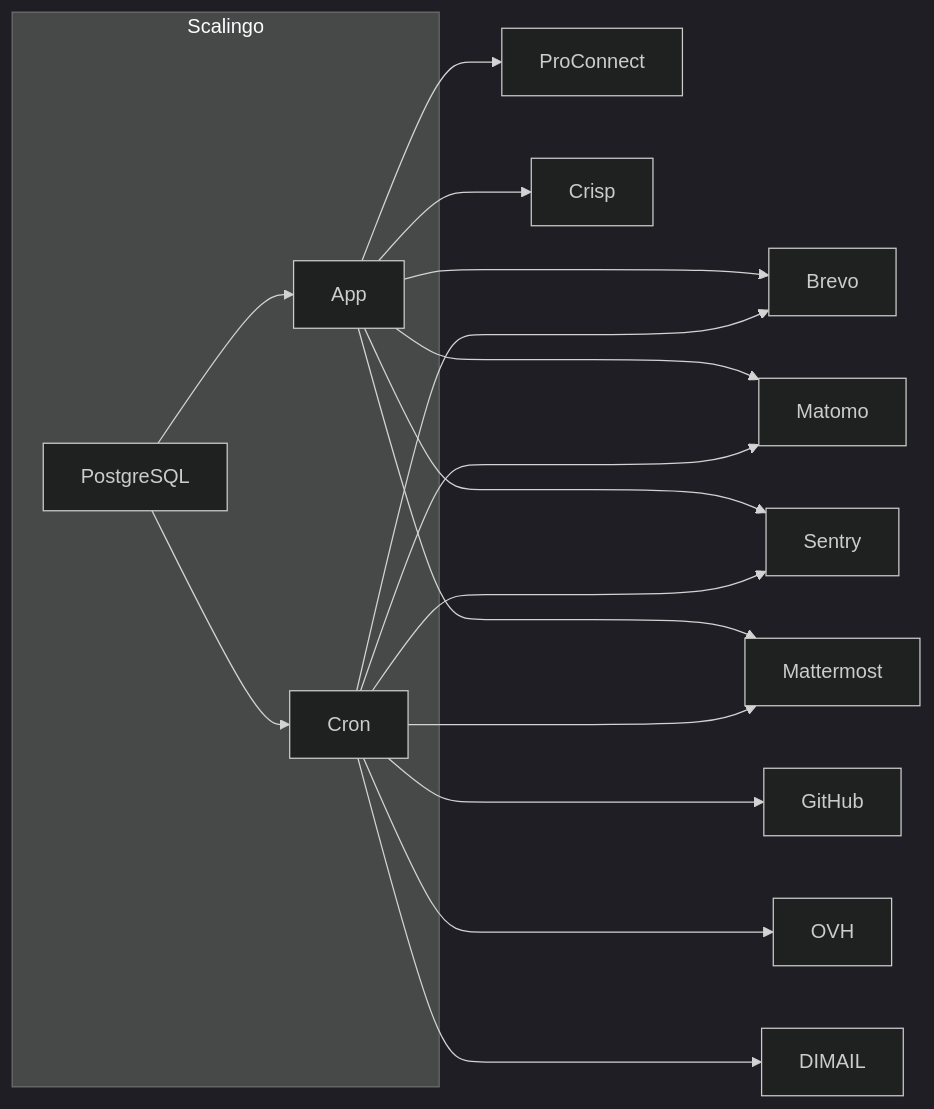
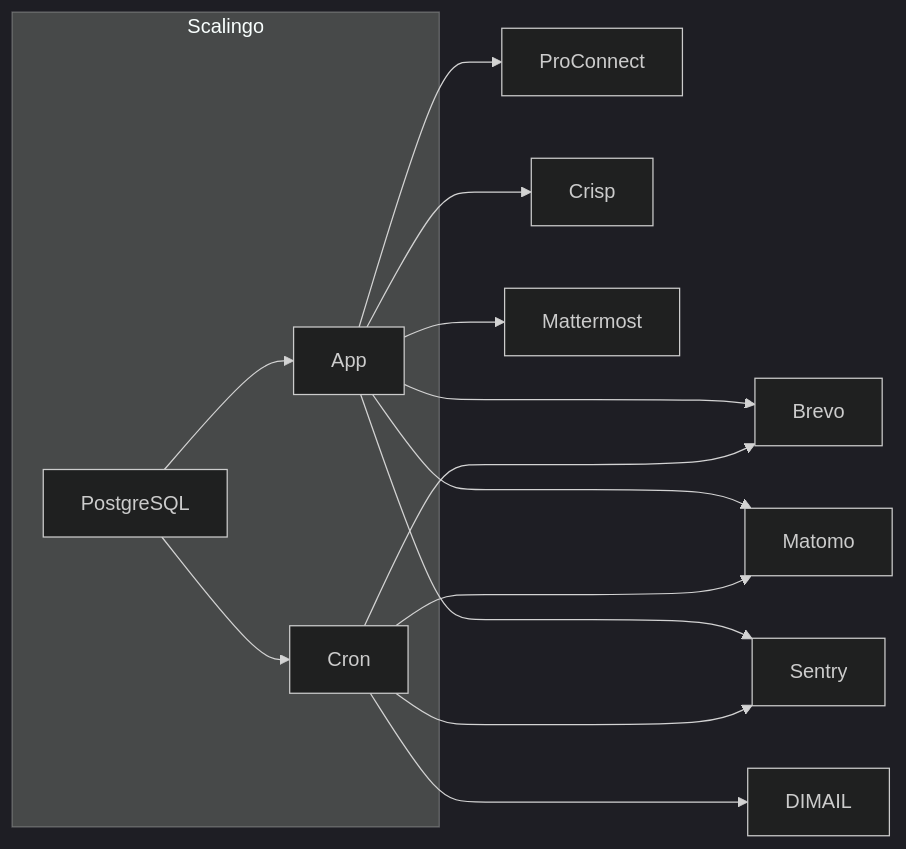
The second of 2 diagrams in README.md (betagouv/espace-membre-next), drawn with Mermaid (dark theme) before and after one commit. The commit also changed other lines of this file and 4 other files, not shown here.

````diff
--- a/README.md
+++ b/README.md
@@ -206,24 +206,21 @@
 ```mermaid
 graph LR
 
 subgraph Scalingo
 PostgreSQL-->App
 PostgreSQL-->Cron
 end
 
 App-->ProConnect
 App-->Crisp
 App-->Brevo
 App-->Matomo
 App-->Sentry
 App-->Mattermost
 
 
-Cron--->GitHub
-Cron--->Mattermost
 Cron--->Brevo
-Cron--->OVH
 Cron--->DIMAIL
 Cron--->Matomo
 Cron--->Sentry
 ```
````
